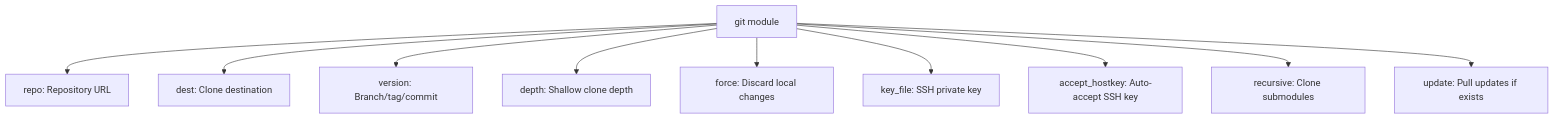
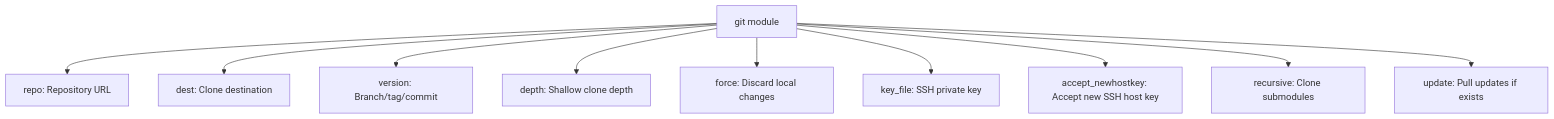
Before and after one commit to OneUptime/blog: the diagram in posts/2026-02-21-how-to-use-the-ansible-git-module-to-clone-repositories/README.md, drawn with Mermaid. The commit also changed other lines of this file and 2 other files, not shown here.

````diff
--- a/posts/2026-02-21-how-to-use-the-ansible-git-module-to-clone-repositories/README.md
+++ b/posts/2026-02-21-how-to-use-the-ansible-git-module-to-clone-repositories/README.md
@@ -96,12 +98,12 @@
 ```mermaid
 graph TD
     A[git module] --> B[repo: Repository URL]
     A --> C[dest: Clone destination]
     A --> D[version: Branch/tag/commit]
     A --> E[depth: Shallow clone depth]
     A --> F[force: Discard local changes]
     A --> G[key_file: SSH private key]
-    A --> H[accept_hostkey: Auto-accept SSH key]
+    A --> H[accept_newhostkey: Accept new SSH host key]
     A --> I[recursive: Clone submodules]
     A --> J[update: Pull updates if exists]
 ```
````
